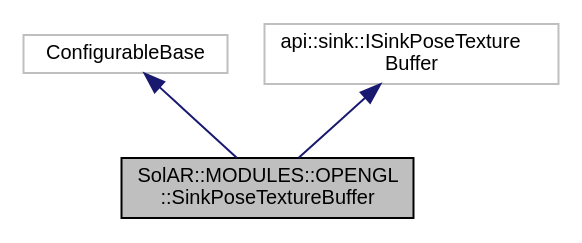
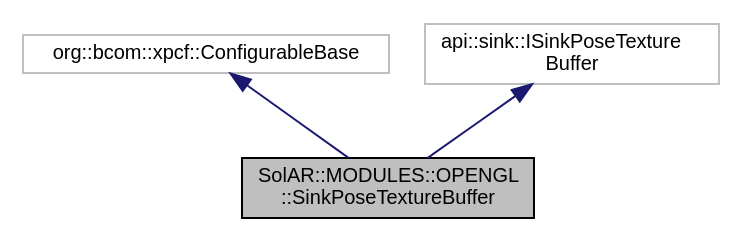
Before and after one commit to SolarFramework/solarframework.github.io: the diagram in api_module_documentation/class_sol_a_r_1_1_m_o_d_u_l_e_s_1_1_o_p_e_n_g_l_1_1_sink_pose_texture_buffer__coll__graph.dot, drawn with Graphviz. The commit also changed 784 other files, not shown here.

```diff
--- a/api_module_documentation/class_sol_a_r_1_1_m_o_d_u_l_e_s_1_1_o_p_e_n_g_l_1_1_sink_pose_texture_buffer__coll__graph.dot
+++ b/api_module_documentation/class_sol_a_r_1_1_m_o_d_u_l_e_s_1_1_o_p_e_n_g_l_1_1_sink_pose_texture_buffer__coll__graph.dot
@@ -1,10 +1,11 @@
 digraph "SolAR::MODULES::OPENGL::SinkPoseTextureBuffer"
 {
+ // LATEX_PDF_SIZE
   edge [fontname="Helvetica",fontsize="10",labelfontname="Helvetica",labelfontsize="10"];
   node [fontname="Helvetica",fontsize="10",shape=record];
-  Node3 [label="SolAR::MODULES::OPENGL\l::SinkPoseTextureBuffer",height=0.2,width=0.4,color="black", fillcolor="grey75", style="filled", fontcolor="black"];
-  Node4 -> Node3 [dir="back",color="midnightblue",fontsize="10",style="solid",fontname="Helvetica"];
-  Node4 [label="ConfigurableBase",height=0.2,width=0.4,color="grey75", fillcolor="white", style="filled"];
-  Node5 -> Node3 [dir="back",color="midnightblue",fontsize="10",style="solid",fontname="Helvetica"];
-  Node5 [label="api::sink::ISinkPoseTexture\lBuffer",height=0.2,width=0.4,color="grey75", fillcolor="white", style="filled"];
+  Node1 [label="SolAR::MODULES::OPENGL\l::SinkPoseTextureBuffer",height=0.2,width=0.4,color="black", fillcolor="grey75", style="filled", fontcolor="black",tooltip="A Sink for a synchronized pose and texture buffer based on OpenGL texture buffer useful for AR video ..."];
+  Node2 -> Node1 [dir="back",color="midnightblue",fontsize="10",style="solid",fontname="Helvetica"];
+  Node2 [label="org::bcom::xpcf::ConfigurableBase",height=0.2,width=0.4,color="grey75", fillcolor="white", style="filled",tooltip=" "];
+  Node3 -> Node1 [dir="back",color="midnightblue",fontsize="10",style="solid",fontname="Helvetica"];
+  Node3 [label="api::sink::ISinkPoseTexture\lBuffer",height=0.2,width=0.4,color="grey75", fillcolor="white", style="filled",tooltip=" "];
 }
```
